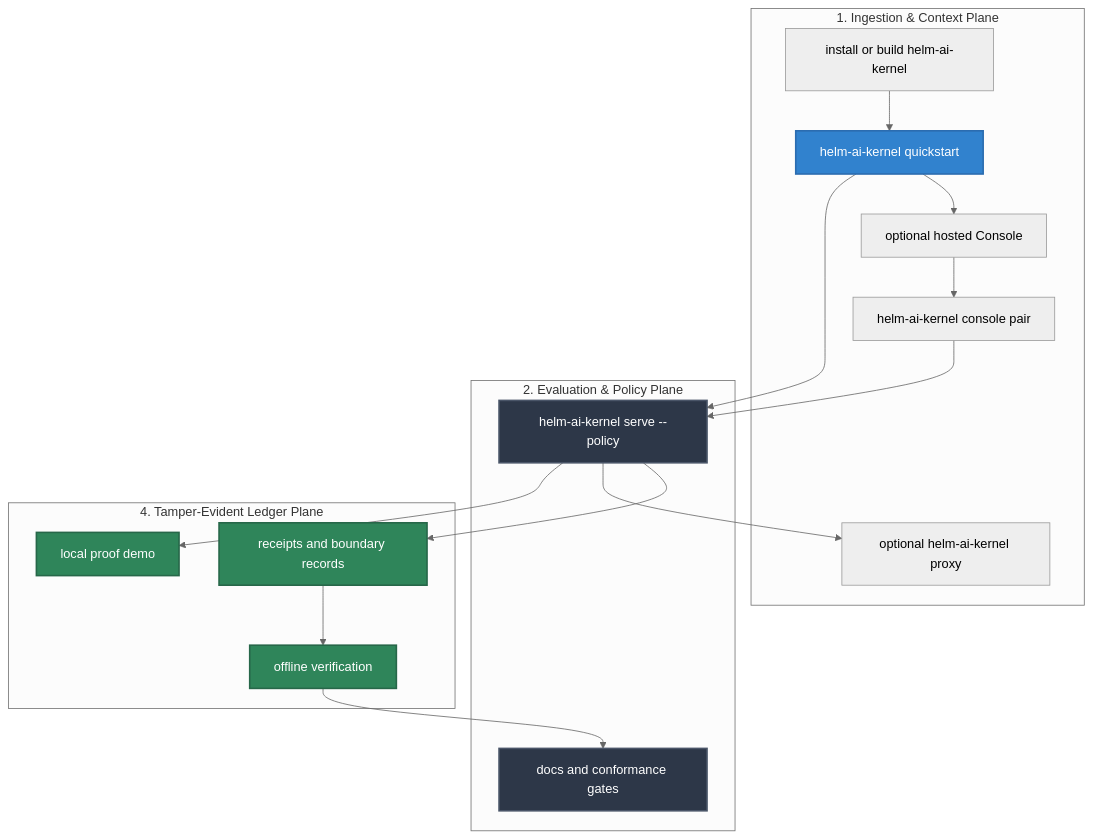
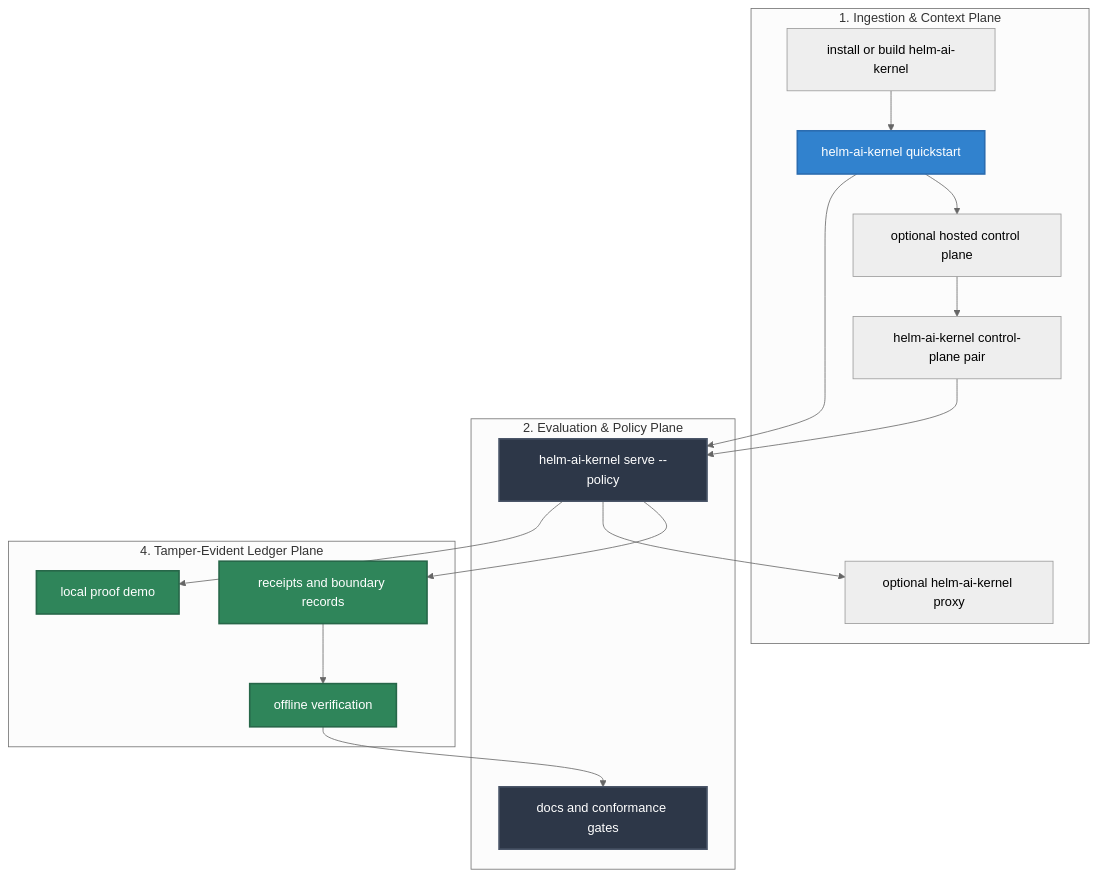
The diagram in docs/DEVELOPER_JOURNEY.md (Mindburn-Labs/helm-ai-kernel), drawn with Mermaid (neutral theme) before and after one commit. The commit also changed other lines of this file and 38 other files, not shown here.

````diff
--- a/docs/DEVELOPER_JOURNEY.md
+++ b/docs/DEVELOPER_JOURNEY.md
@@ -18,41 +18,41 @@
 ```mermaid
 flowchart TD
     subgraph Ingestion["1. Ingestion & Context Plane"]
         Quickstart["helm-ai-kernel quickstart"]
         Install["install or build helm-ai-kernel"]
-        Register["optional hosted Console"]
-        Pair["helm-ai-kernel console pair"]
+        Register["optional hosted control plane"]
+        Pair["helm-ai-kernel control-plane pair"]
         Proxy["optional helm-ai-kernel proxy"]
     end
 
     subgraph Evaluation["2. Evaluation & Policy Plane"]
         Serve["helm-ai-kernel serve --policy"]
         Gates["docs and conformance gates"]
     end
 
     subgraph Ledger["4. Tamper-Evident Ledger Plane"]
         Demo["local proof demo"]
         Receipts["receipts and boundary records"]
         Verify["offline verification"]
     end
 
     %% Operational Flow Edges
     Install --> Quickstart
     Quickstart --> Serve
     Quickstart --> Register
     Register --> Pair
     Pair --> Serve
     Serve --> Demo
     Serve --> Proxy
     Serve --> Receipts
     Receipts --> Verify
     Verify --> Gates
 
     %% Premium Styling Rules
     style Quickstart fill:#3182ce,stroke:#2b6cb0,stroke-width:2px,color:#fff
     style Serve fill:#2d3748,stroke:#4a5568,stroke-width:2px,color:#fff
     style Demo fill:#2f855a,stroke:#276749,stroke-width:2px,color:#fff
     style Receipts fill:#2f855a,stroke:#276749,stroke-width:2px,color:#fff
     style Verify fill:#2f855a,stroke:#276749,stroke-width:2px,color:#fff
     style Gates fill:#2d3748,stroke:#4a5568,stroke-width:2px,color:#fff
 ```
````
